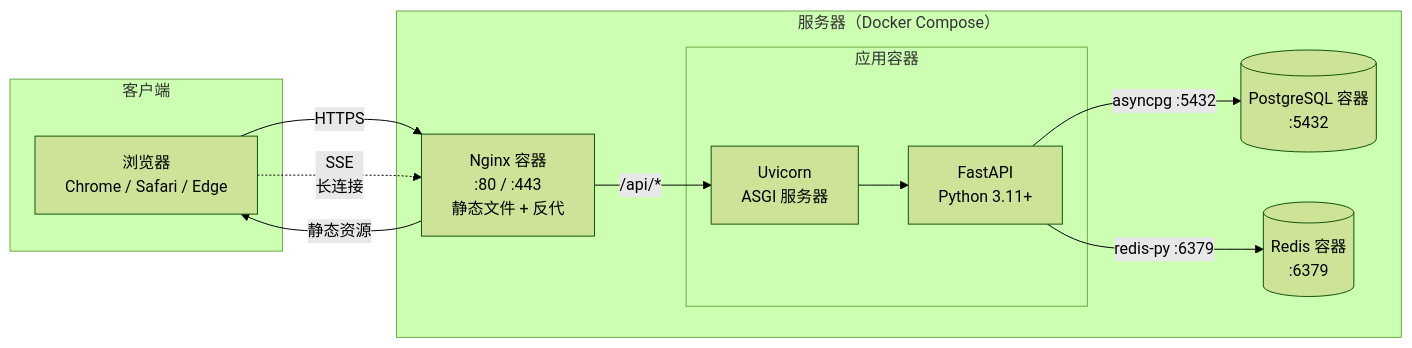
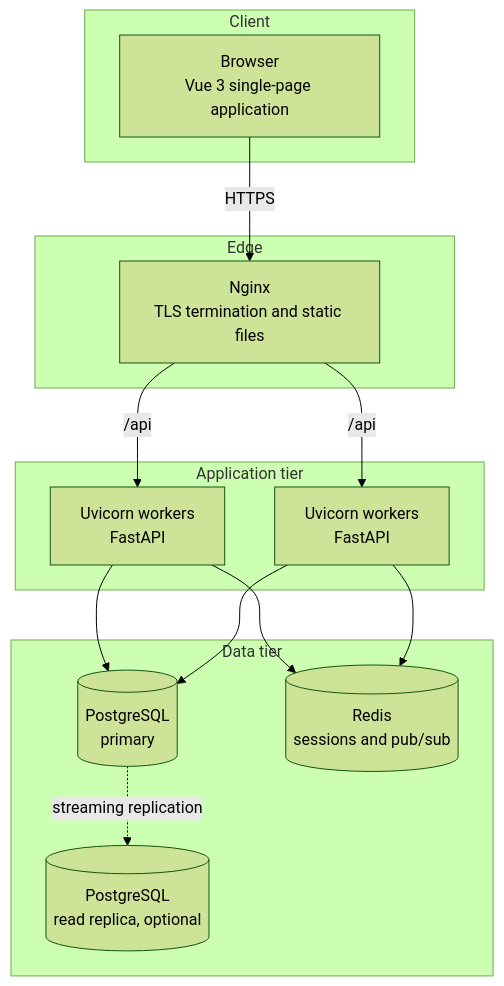
Before and after one commit to David-echo/COMP3500_group_project: the fifth of 5 diagrams in docs/02-flowchart-with-tech-stack.md, drawn with Mermaid (forest theme). The commit also changed other lines of this file and 82 other files, not shown here.

First line of the commit message:
docs: translate the repository to English and re-render all diagrams

````diff
--- a/docs/02-flowchart-with-tech-stack.md
+++ b/docs/02-flowchart-with-tech-stack.md
@@ -273,24 +220,30 @@
 ```mermaid
-flowchart LR
-    subgraph Client["客户端"]
-        BROWSER["浏览器<br/>Chrome / Safari / Edge"]
+flowchart TB
+    subgraph CLIENT["Client"]
+        B1["Browser<br/>Vue 3 single-page application"]
     end
 
-    subgraph Server["服务器（Docker Compose）"]
-        NGINX["Nginx 容器<br/>:80 / :443<br/>静态文件 + 反代"]
-        subgraph APP["应用容器"]
-            UV["Uvicorn<br/>ASGI 服务器"]
-            FA["FastAPI<br/>Python 3.11+"]
-        end
-        PG[("PostgreSQL 容器<br/>:5432")]
-        RD[("Redis 容器<br/>:6379")]
+    subgraph EDGE["Edge"]
+        N1["Nginx<br/>TLS termination and static files"]
     end
 
-    BROWSER -->|HTTPS| NGINX
-    NGINX -->|静态资源| BROWSER
-    NGINX -->|/api/*| UV
-    UV --> FA
-    FA -->|asyncpg :5432| PG
-    FA -->|redis-py :6379| RD
-    BROWSER -.->|SSE<br/>长连接| NGINX
+    subgraph APP["Application tier"]
+        A1["Uvicorn workers<br/>FastAPI"]
+        A2["Uvicorn workers<br/>FastAPI"]
+    end
+
+    subgraph DATATIER["Data tier"]
+        D1[("PostgreSQL<br/>primary")]
+        D2[("PostgreSQL<br/>read replica, optional")]
+        R1[("Redis<br/>sessions and pub/sub")]
+    end
+
+    B1 -->|HTTPS| N1
+    N1 -->|/api| A1
+    N1 -->|/api| A2
+    A1 --> D1
+    A2 --> D1
+    D1 -.->|streaming replication| D2
+    A1 --> R1
+    A2 --> R1
 ```
````
